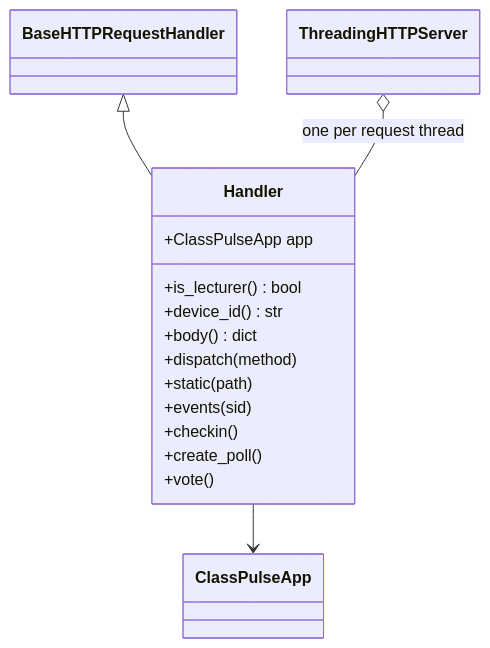
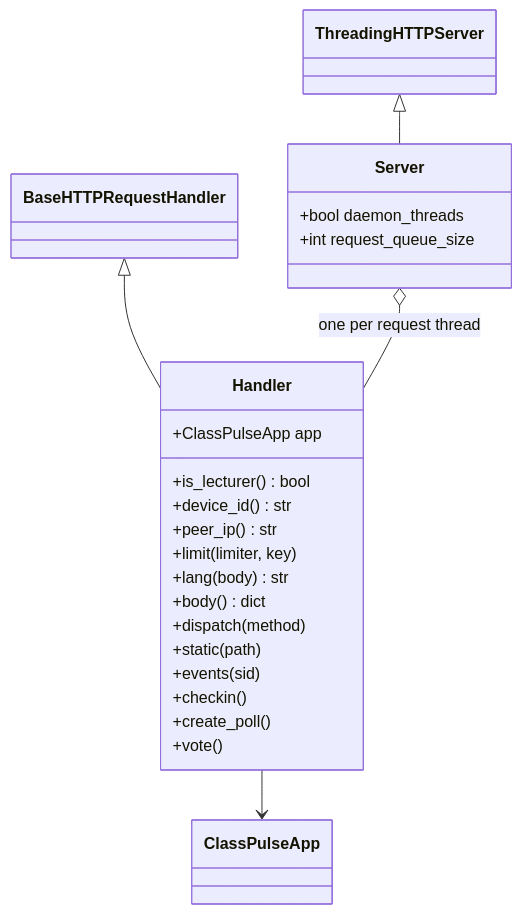
The fifth of 5 diagrams in docs/06-class-diagrams.md (roneliyahu2001/oop-ex2-classpulse), drawn with Mermaid before and after one commit. The commit also changed other lines of this file and 47 other files, not shown here.

````diff
--- a/docs/06-class-diagrams.md
+++ b/docs/06-class-diagrams.md
@@ -237,20 +320,29 @@
 ```mermaid
 classDiagram
   class BaseHTTPRequestHandler
+  class ThreadingHTTPServer
+  class ClassPulseApp
   class Handler {
     +ClassPulseApp app
     +is_lecturer() bool
     +device_id() str
+    +peer_ip() str
+    +limit(limiter, key)
+    +lang(body) str
     +body() dict
     +dispatch(method)
     +static(path)
     +events(sid)
     +checkin()
     +create_poll()
     +vote()
   }
-  class ThreadingHTTPServer
+  class Server {
+    +bool daemon_threads
+    +int request_queue_size
+  }
   BaseHTTPRequestHandler <|-- Handler
-  ThreadingHTTPServer o-- Handler : one per request thread
+  ThreadingHTTPServer <|-- Server
+  Server o-- Handler : one per request thread
   Handler --> ClassPulseApp
 ```
````
